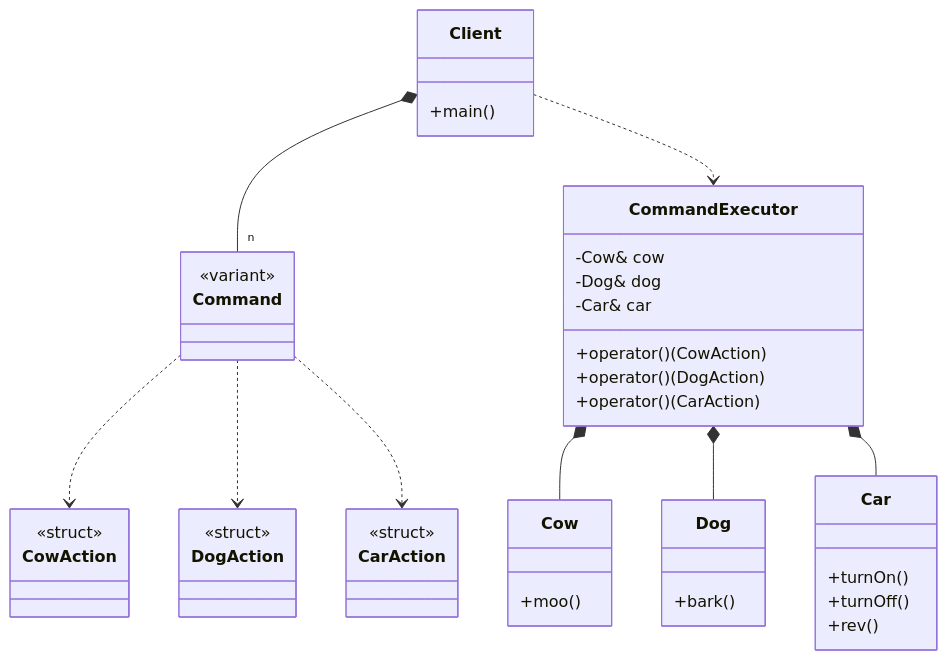
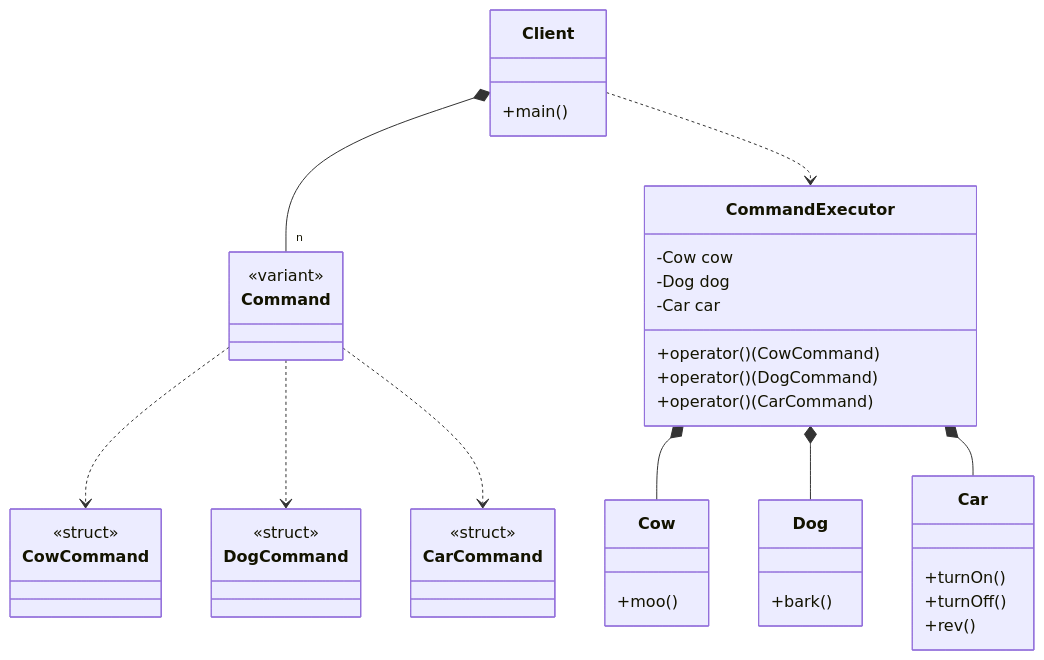
The diagram in 19_Command/02_Modern_Variant/README.md (Cichlidfishexigency721/Modern-CPP-Design-Patterns), drawn with Mermaid before and after one commit. The commit also changed 1 other file, not shown here.

Commit message:
UML improvement

````diff
--- a/19_Command/02_Modern_Variant/README.md
+++ b/19_Command/02_Modern_Variant/README.md
@@ -24,56 +24,56 @@
 ```mermaid
 classDiagram
-    class CowAction {
+    class CowCommand {
         <<struct>>
     }
-    class DogAction {
+    class DogCommand {
         <<struct>>
     }
-    class CarAction {
+    class CarCommand {
         <<struct>>
     }
 
     class Command {
         <<variant>>
     }
 
     class Cow {
         +moo()
     }
 
     class Dog {
         +bark()
     }
 
     class Car {
         +turnOn()
         +turnOff()
         +rev()
     }
 
     class CommandExecutor {
-        -Cow& cow
-        -Dog& dog
-        -Car& car
-        +operator()(CowAction)
-        +operator()(DogAction)
-        +operator()(CarAction)
+        -Cow cow
+        -Dog dog
+        -Car car
+        +operator()(CowCommand)
+        +operator()(DogCommand)
+        +operator()(CarCommand)
     }
 
     class Client {
         +main()
     }
 
     %% Relationships using only your defined symbology:
 
-    Command ..> CowAction
-    Command ..> DogAction
-    Command ..> CarAction
+    Command ..> CowCommand
+    Command ..> DogCommand
+    Command ..> CarCommand
 
     CommandExecutor *-- Cow
     CommandExecutor *-- Dog
     CommandExecutor *-- Car
 
     Client *-- "n" Command
     Client ..> CommandExecutor
 ```
````
